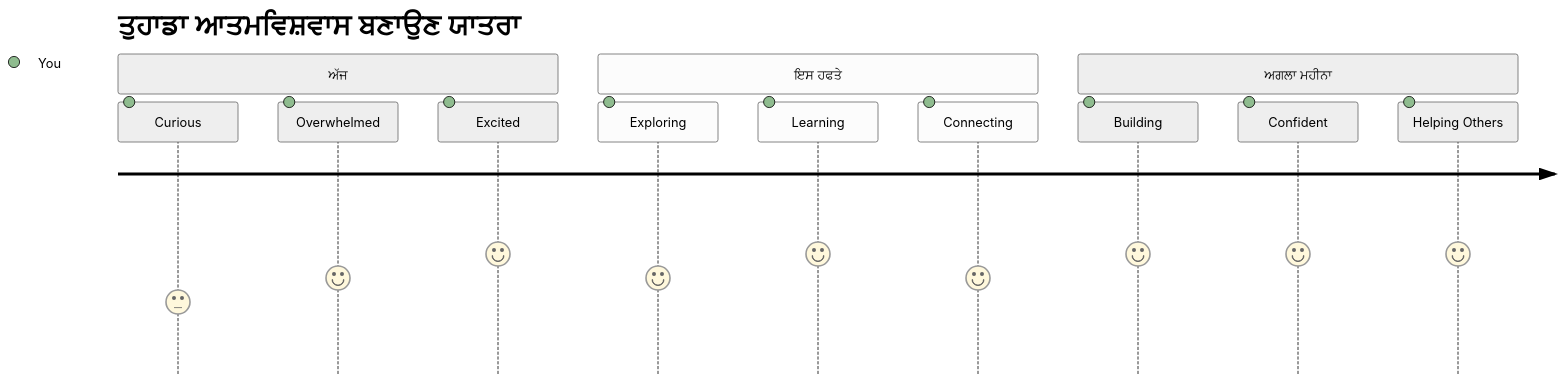
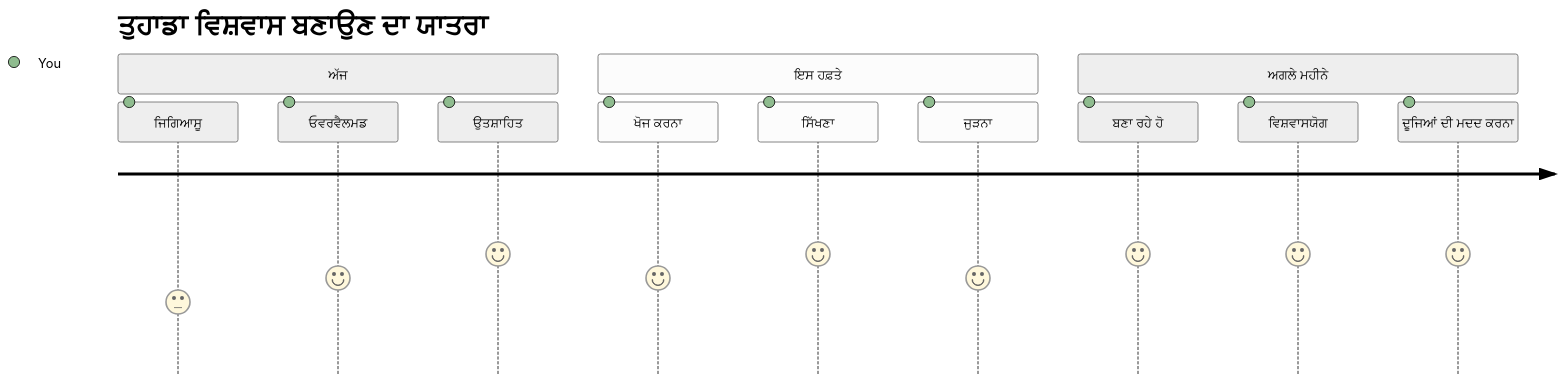
The seventh of 7 diagrams in translations/pa/1-getting-started-lessons/1-intro-to-programming-languages/README.md (microsoft/Web-Dev-For-Beginners), drawn with Mermaid (neutral theme) before and after one commit. The commit also changed other lines of this file and 8 other files, not shown here.

````diff
--- a/translations/pa/1-getting-started-lessons/1-intro-to-programming-languages/README.md
+++ b/translations/pa/1-getting-started-lessons/1-intro-to-programming-languages/README.md
@@ -828,16 +830,16 @@
 ```mermaid
 journey
-    title ਤੁਹਾਡਾ ਆਤਮਵਿਸ਼ਵਾਸ ਬਣਾਉਣ ਯਾਤਰਾ
+    title ਤੁਹਾਡਾ ਵਿਸ਼ਵਾਸ ਬਣਾਉਣ ਦਾ ਯਾਤਰਾ
     section ਅੱਜ
-      Curious: 3: You
-      Overwhelmed: 4: You
-      Excited: 5: You
-    section ਇਸ ਹਫਤੇ
-      Exploring: 4: You
-      Learning: 5: You
-      Connecting: 4: You
-    section ਅਗਲਾ ਮਹੀਨਾ
-      Building: 5: You
-      Confident: 5: You
-      Helping Others: 5: You
+      ਜਿਗਿਆਸੂ: 3: You
+      ਓਵਰਵੈਲਮਡ: 4: You
+      ਉਤਸ਼ਾਹਿਤ: 5: You
+    section ਇਸ ਹਫ਼ਤੇ
+      ਖੋਜ ਕਰਨਾ: 4: You
+      ਸਿੱਖਣਾ: 5: You
+      ਜੁੜਨਾ: 4: You
+    section ਅਗਲੇ ਮਹੀਨੇ
+      ਬਣਾ ਰਹੇ ਹੋ: 5: You
+      ਵਿਸ਼ਵਾਸਯੋਗ: 5: You
+      ਦੂਜਿਆਂ ਦੀ ਮਦਦ ਕਰਨਾ: 5: You
 ```
````
